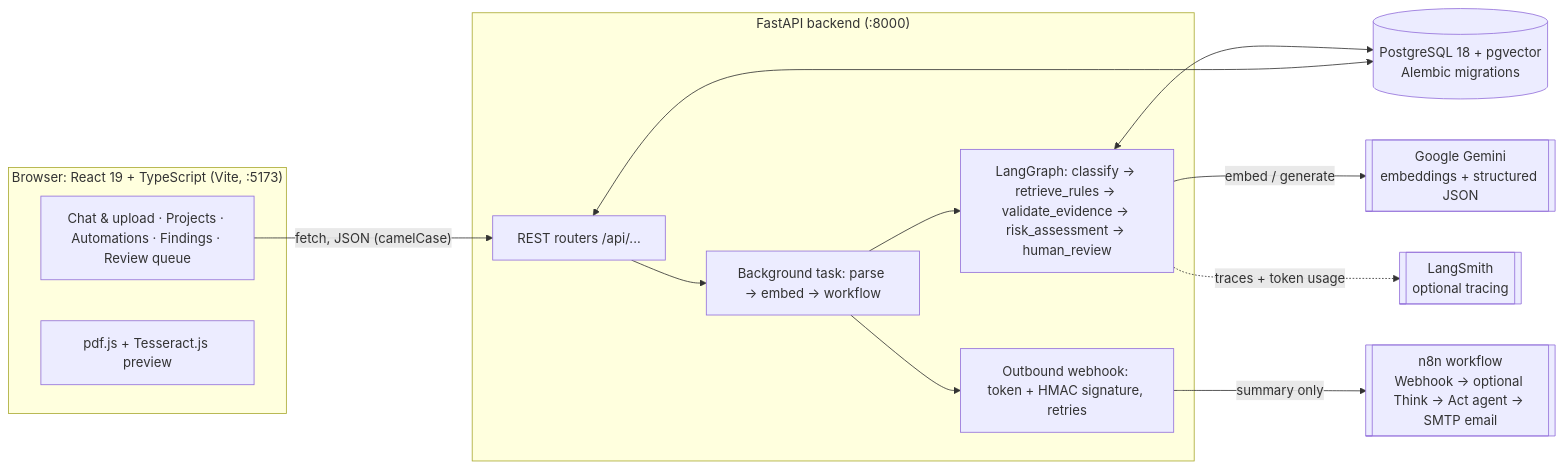
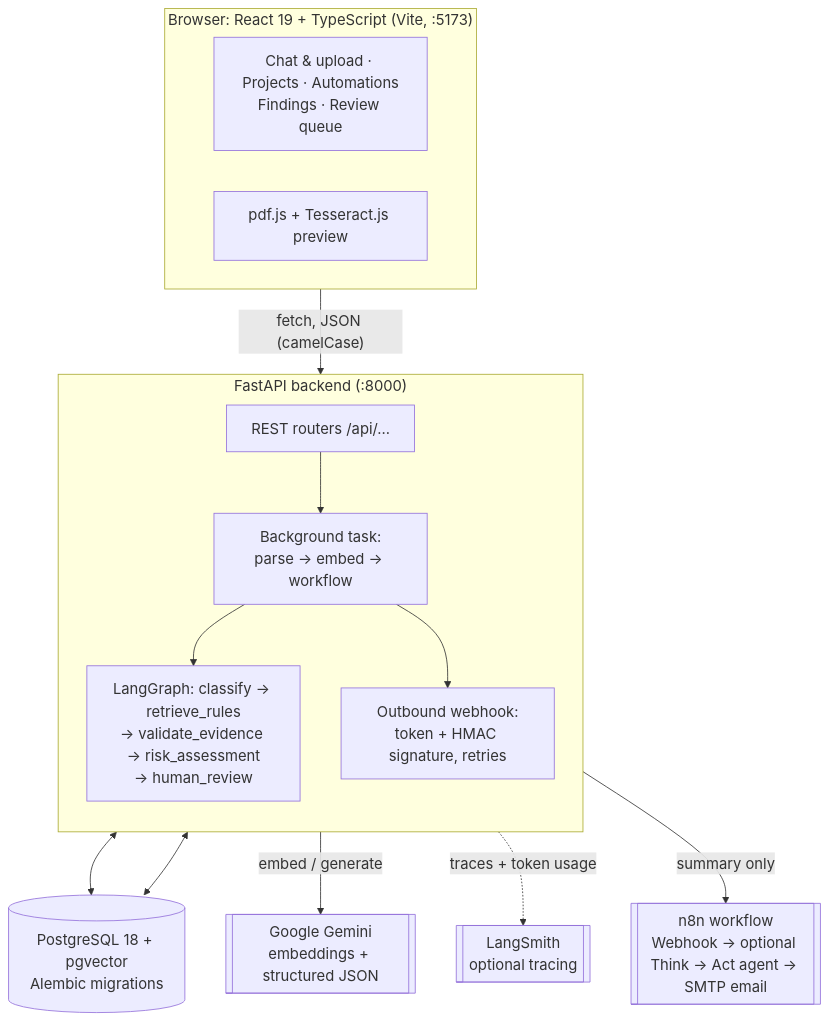
Before and after one commit to Abhinav-git1/FiberDoc_AI: the diagram in README.md, drawn with Mermaid. The commit also changed 2 other files, not shown here.

Commit message:
Make the Mermaid diagrams readable on GitHub
Top-to-bottom layout, labels split over two lines, and an 18px font, so GitHub doesn't shrink them to fit the page width.

````diff
--- a/README.md
+++ b/README.md
@@ -53,28 +53,31 @@
 ```mermaid
-flowchart LR
+%%{init: {"themeVariables": {"fontSize": "18px"}}}%%
+flowchart TB
   subgraph Browser["Browser: React 19 + TypeScript (Vite, :5173)"]
-    UI[Chat & upload · Projects · Automations · Findings · Review queue]
+    direction LR
+    UI[Chat & upload · Projects · Automations<br/>Findings · Review queue]
     OCR[pdf.js + Tesseract.js preview]
   end
 
   subgraph API["FastAPI backend (:8000)"]
+    direction TB
     R[REST routers /api/...]
-    BG[Background task: parse → embed → workflow]
-    WF[LangGraph: classify → retrieve_rules → validate_evidence → risk_assessment → human_review]
-    N[Outbound webhook: token + HMAC signature, retries]
+    BG[Background task:<br/>parse → embed → workflow]
+    WF[LangGraph: classify → retrieve_rules<br/>→ validate_evidence → risk_assessment<br/>→ human_review]
+    N[Outbound webhook:<br/>token + HMAC signature, retries]
     R --> BG --> WF
     BG --> N
   end
 
   DB[(PostgreSQL 18 + pgvector<br/>Alembic migrations)]
   GEM[[Google Gemini<br/>embeddings + structured JSON]]
   LS[[LangSmith<br/>optional tracing]]
   N8N[[n8n workflow<br/>Webhook → optional Think → Act agent → SMTP email]]
 
   UI -- "fetch, JSON (camelCase)" --> R
   WF <--> DB
   R <--> DB
   WF -- "embed / generate" --> GEM
   WF -.traces + token usage.-> LS
   N -- "summary only" --> N8N
 ```
````
